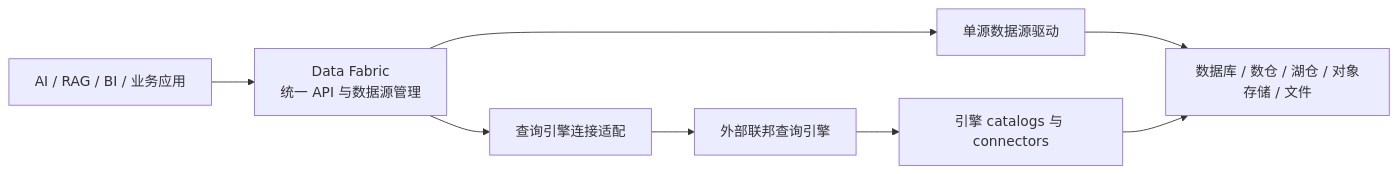
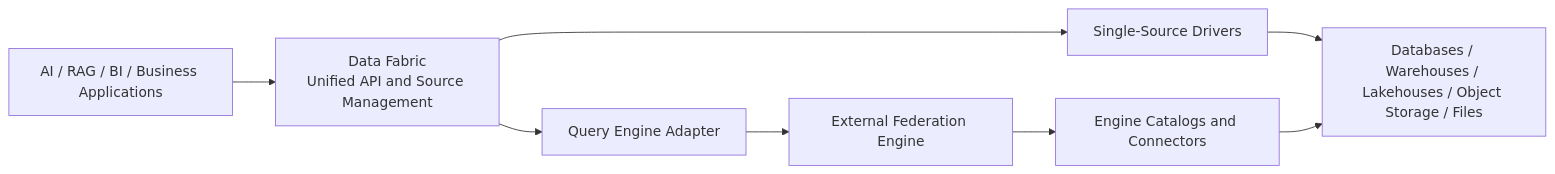
The diagram in README.md (LuckyCaptain-go/data-fabric), drawn with Mermaid before and after one commit. The commit also changed other lines of this file and 2 other files, not shown here.

```diff
--- a/README.md
+++ b/README.md
@@ -37,10 +46,10 @@
 ~~~mermaid
 flowchart LR
-    App[AI / RAG / BI / 业务应用] --> Gateway[Data Fabric<br/>统一 API 与数据源管理]
-    Gateway --> Drivers[单源数据源驱动]
-    Drivers --> Sources[数据库 / 数仓 / 湖仓 / 对象存储 / 文件]
-    Gateway --> Adapter[查询引擎连接适配]
-    Adapter --> Engine[外部联邦查询引擎]
-    Engine --> Catalogs[引擎 catalogs 与 connectors]
+    App[AI / RAG / BI / Business Applications] --> Gateway[Data Fabric<br/>Unified API and Source Management]
+    Gateway --> Drivers[Single-Source Drivers]
+    Drivers --> Sources[Databases / Warehouses / Lakehouses / Object Storage / Files]
+    Gateway --> Adapter[Query Engine Adapter]
+    Adapter --> Engine[External Federation Engine]
+    Engine --> Catalogs[Engine Catalogs and Connectors]
     Catalogs --> Sources
 ~~~
```
